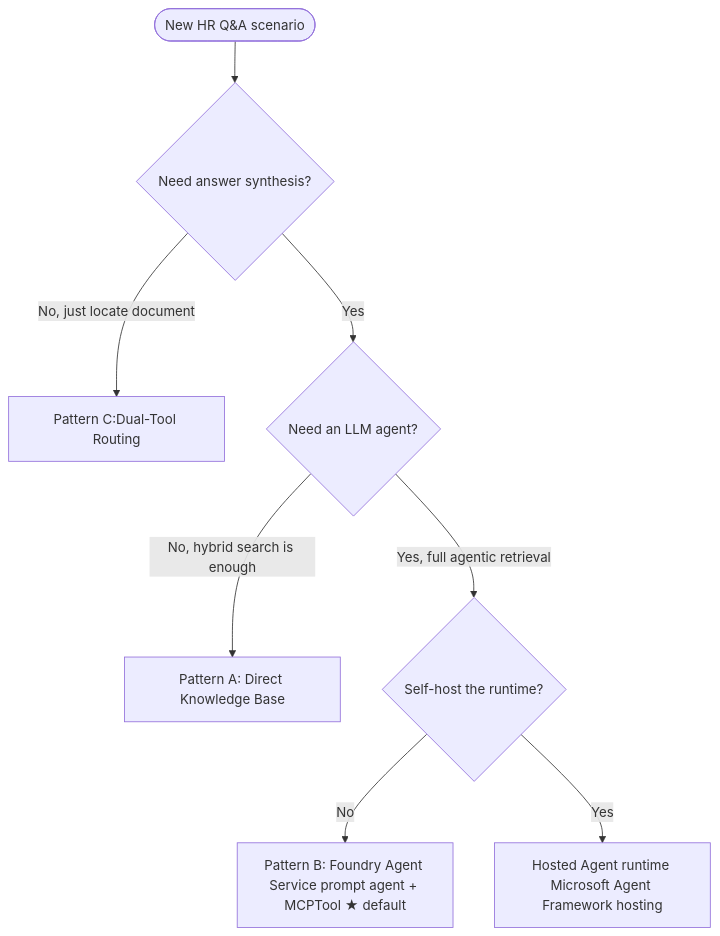
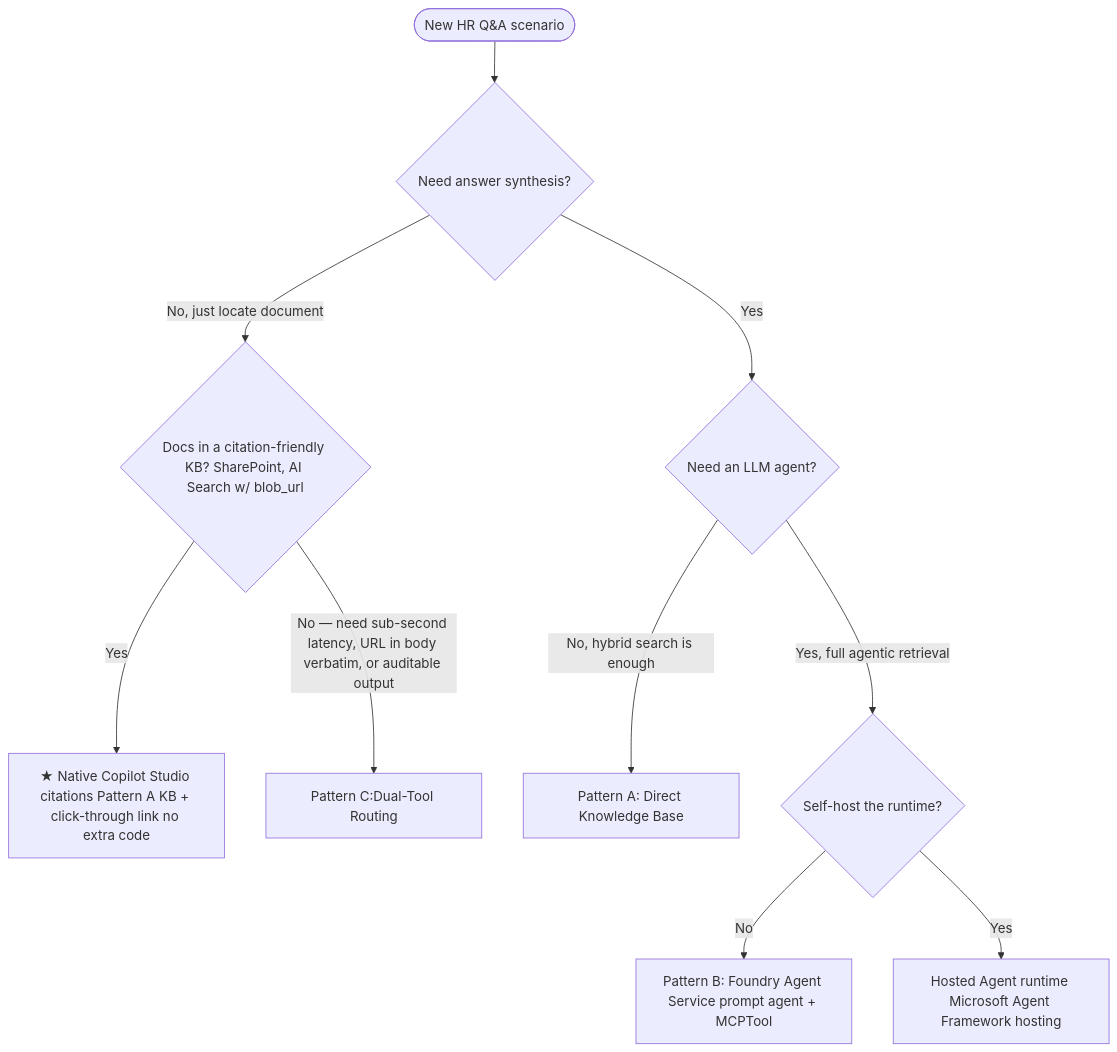
One commit to honestypugh2/foundry-copilot-hr-policy-knowledge changed the diagram in docs/RetrievalPatterns.md. Above: the diagram before and after it, drawn with Mermaid. The commit also changed other lines of this file and 23 other files, not shown here.

````diff
--- a/docs/RetrievalPatterns.md
+++ b/docs/RetrievalPatterns.md
@@ -18,10 +18,12 @@
 ```mermaid
 flowchart TD
     Start([New HR Q&A scenario]) --> Q1{Need answer synthesis?}
-    Q1 -- No, just locate document --> C[Pattern C:Dual-Tool Routing]
+    Q1 -- No, just locate document --> QL{Docs in a citation-friendly KB? SharePoint, AI Search w/ blob_url}
+    QL -- Yes --> Native[★ Native Copilot Studio citations Pattern A KB + click-through link no extra code]
+    QL -- "No — need sub-second latency, URL in body verbatim, or auditable output" --> C[Pattern C:Dual-Tool Routing]
     Q1 -- Yes --> Q2{Need an LLM agent?}
     Q2 -- No, hybrid search is enough --> A[Pattern A: Direct Knowledge Base]
     Q2 -- Yes, full agentic retrieval --> Q3{Self-host the runtime?}
-    Q3 -- No --> B[Pattern B: Foundry Agent Service prompt agent + MCPTool ★ default]
+    Q3 -- No --> B[Pattern B: Foundry Agent Service prompt agent + MCPTool ]
     Q3 -- Yes --> H[Hosted Agent runtime Microsoft Agent Framework hosting]
 ```
````
